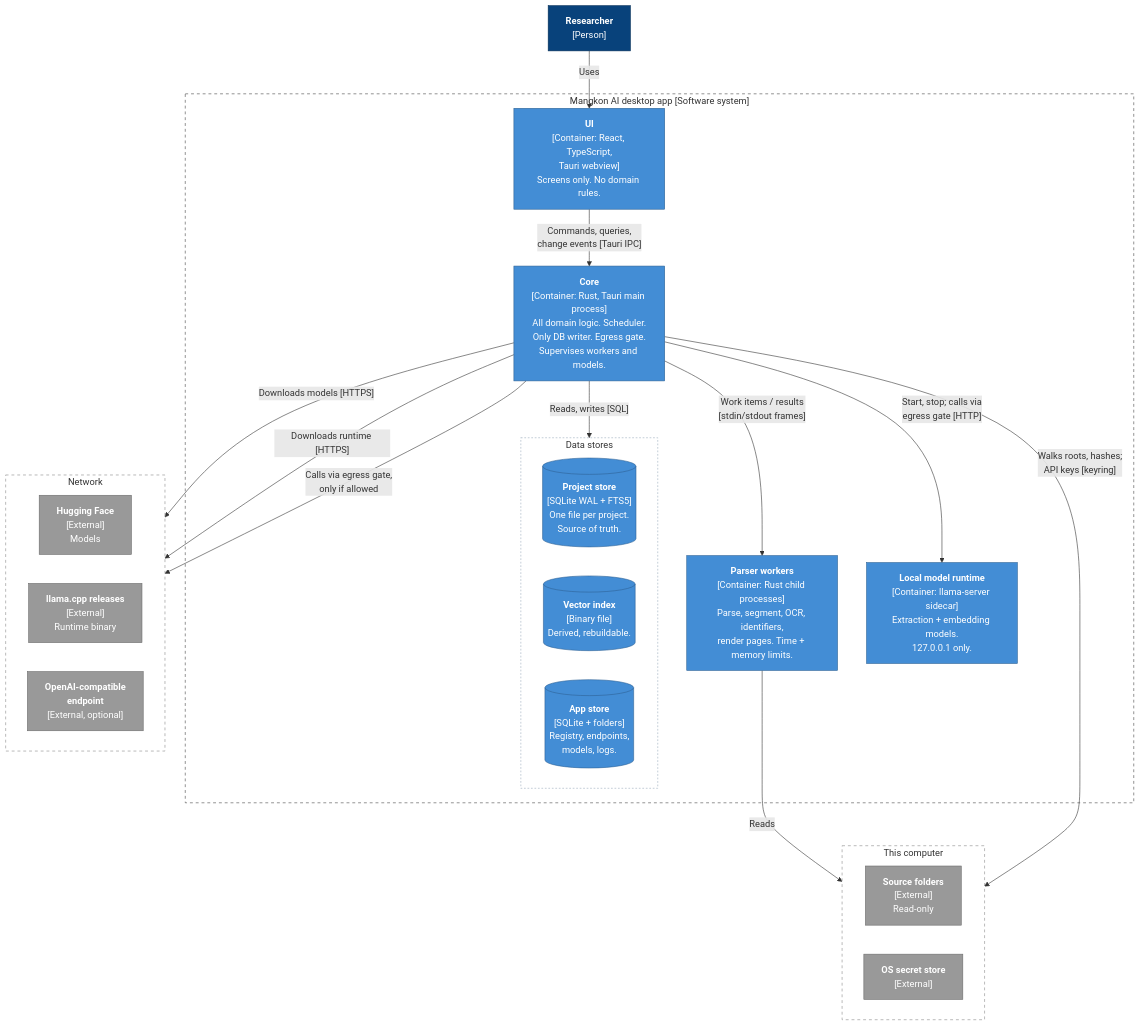
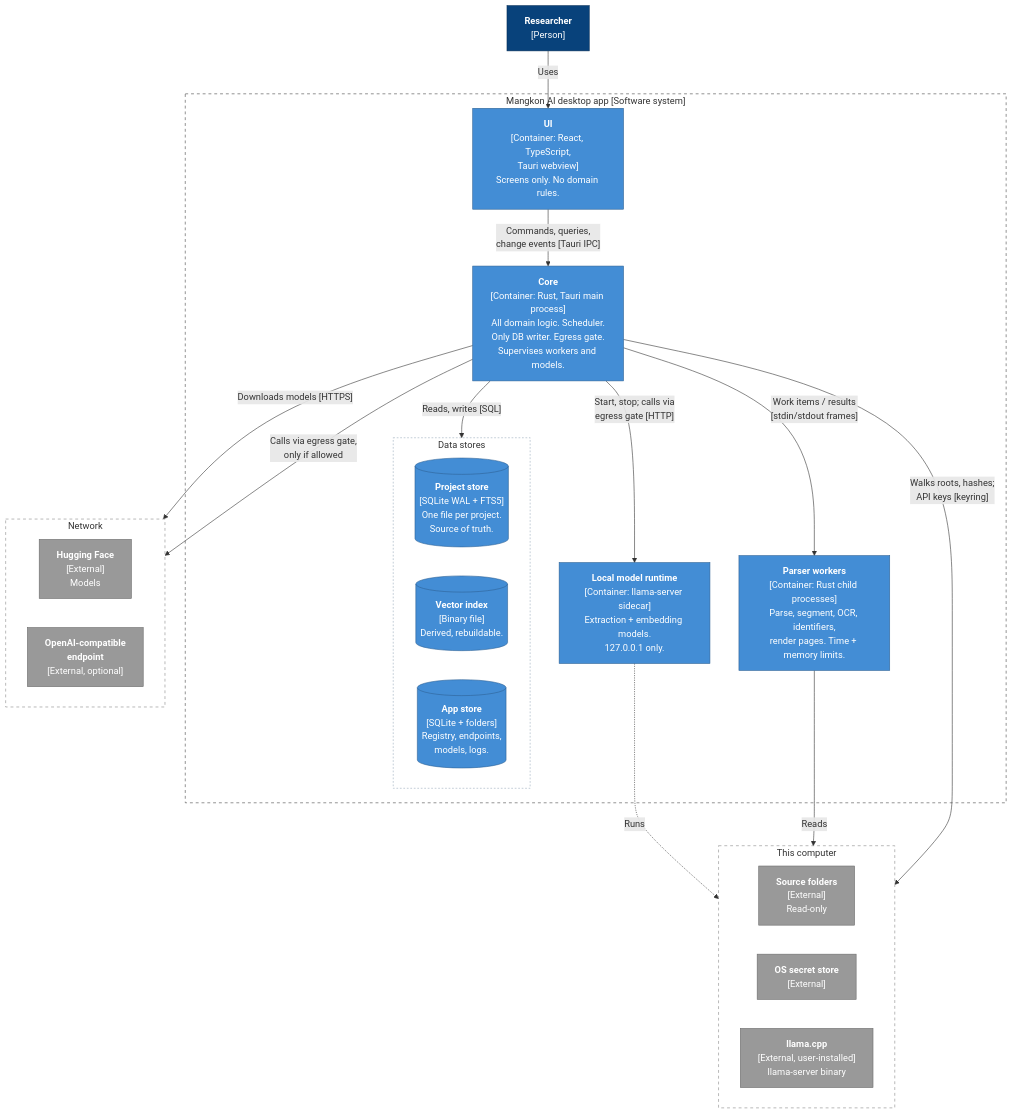
Before and after one commit to EugeneDumanskyi/mangkon-ai: the fifth of 7 diagrams in docs/05-architecture.md, drawn with Mermaid. The commit also changed other lines of this file and 40 other files, not shown here.

````diff
--- a/docs/05-architecture.md
+++ b/docs/05-architecture.md
@@ -180,52 +180,52 @@
 ```mermaid
 flowchart TB
     researcher["<b>Researcher</b><br/>[Person]"]
 
     subgraph app["Mangkon AI desktop app [Software system]"]
         ui["<b>UI</b><br/>[Container: React, TypeScript,<br/>Tauri webview]<br/>Screens only. No domain rules."]
         core["<b>Core</b><br/>[Container: Rust, Tauri main process]<br/>All domain logic. Scheduler.<br/>Only DB writer. Egress gate.<br/>Supervises workers and models."]
         worker["<b>Parser workers</b><br/>[Container: Rust child processes]<br/>Parse, segment, OCR, identifiers,<br/>render pages. Time + memory limits."]
         llm["<b>Local model runtime</b><br/>[Container: llama-server sidecar]<br/>Extraction + embedding models.<br/>127.0.0.1 only."]
         subgraph stores["Data stores"]
             direction LR
             pdb[("<b>Project store</b><br/>[SQLite WAL + FTS5]<br/>One file per project.<br/>Source of truth.")]
             vidx[("<b>Vector index</b><br/>[Binary file]<br/>Derived, rebuildable.")]
             adb[("<b>App store</b><br/>[SQLite + folders]<br/>Registry, endpoints,<br/>models, logs.")]
         end
     end
 
     subgraph localext["This computer"]
         direction LR
         files["<b>Source folders</b><br/>[External]<br/>Read-only"]
         secrets["<b>OS secret store</b><br/>[External]"]
+        llamabin["<b>llama.cpp</b><br/>[External, user-installed]<br/>llama-server binary"]
     end
 
     subgraph netext["Network"]
         direction LR
         hf["<b>Hugging Face</b><br/>[External]<br/>Models"]
-        llamarel["<b>llama.cpp releases</b><br/>[External]<br/>Runtime binary"]
         endpoint["<b>OpenAI-compatible<br/>endpoint</b><br/>[External, optional]"]
     end
 
     researcher -- "Uses" --> ui
     ui -- "Commands, queries,<br/>change events [Tauri IPC]" --> core
     core -- "Work items / results<br/>[stdin/stdout frames]" --> worker
     core -- "Start, stop; calls via<br/>egress gate [HTTP]" --> llm
+    llm -. "Runs" .-> llamabin
     core -- "Reads, writes [SQL]" --> stores
     worker -- "Reads" --> files
     core -- "Walks roots, hashes;<br/>API keys [keyring]" --> localext
     core -- "Downloads models [HTTPS]" --> hf
-    core -- "Downloads runtime [HTTPS]" --> llamarel
     core -- "Calls via egress gate,<br/>only if allowed" --> endpoint
 
     classDef person fill:#08427b,stroke:#052e56,color:#fff
     classDef container fill:#438dd5,stroke:#2e6295,color:#fff
     classDef ext fill:#999999,stroke:#6b6b6b,color:#fff
     class researcher person
     class ui,core,worker,llm,pdb,vidx,adb container
-    class files,secrets,hf,llamarel,endpoint ext
+    class files,secrets,llamabin,hf,endpoint ext
     style app fill:none,stroke:#444,stroke-dasharray: 5 5
     style stores fill:none,stroke:#9ab,stroke-dasharray: 3 3
     style localext fill:none,stroke:#888,stroke-dasharray: 5 5
     style netext fill:none,stroke:#888,stroke-dasharray: 5 5
 ```
````
